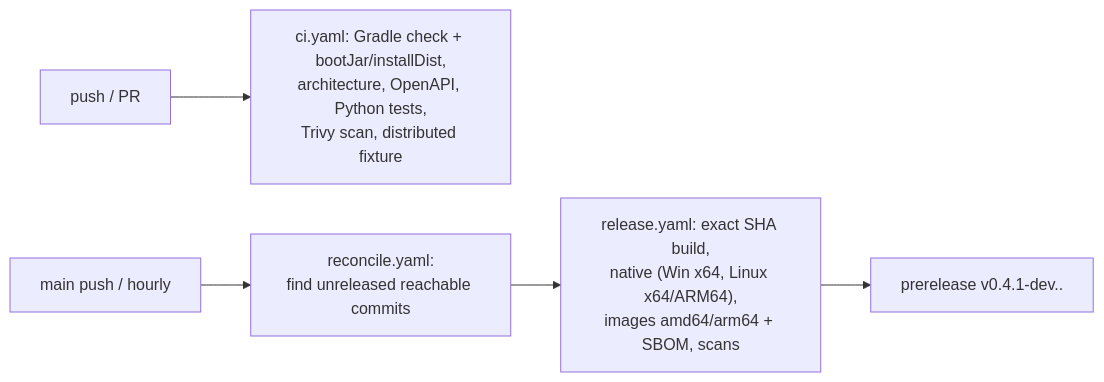
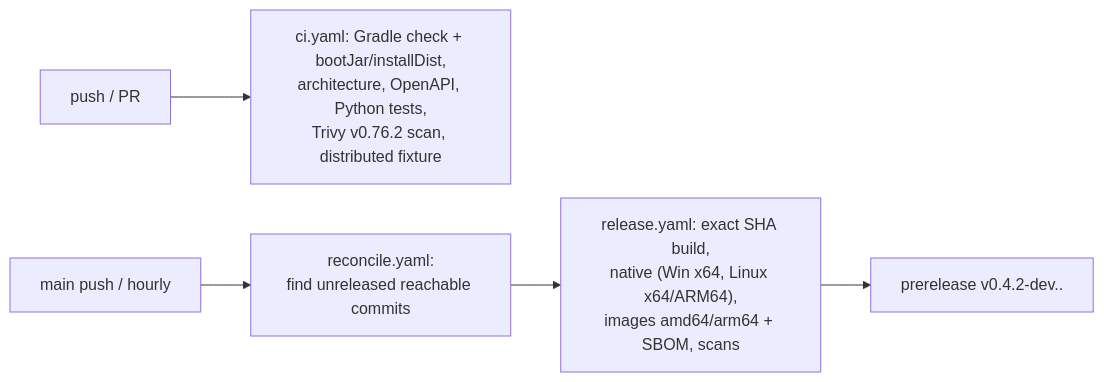
One commit to athegreat90/minecraft-modsync changed diagram 12 of 12 in docs/GUIDE.md. Above: the diagram before and after it, drawn with Mermaid. The commit also changed 19 other files, not shown here.

````diff
--- a/docs/GUIDE.md
+++ b/docs/GUIDE.md
@@ -384,7 +384,7 @@
 ```mermaid
 flowchart LR
-  PR[push / PR] --> CI["ci.yaml: Gradle check + bootJar/installDist,\narchitecture, OpenAPI, Python tests,\nTrivy scan, distributed fixture"]
+  PR[push / PR] --> CI["ci.yaml: Gradle check + bootJar/installDist,\narchitecture, OpenAPI, Python tests,\nTrivy v0.76.2 scan, distributed fixture"]
   main[main push / hourly] --> REC["reconcile.yaml:\nfind unreleased reachable commits"]
   REC --> REL["release.yaml: exact SHA build,\nnative (Win x64, Linux x64/ARM64),\nimages amd64/arm64 + SBOM, scans"]
-  REL --> PRE["prerelease v0.4.1-dev.<time>.<sha>"]
+  REL --> PRE["prerelease v0.4.2-dev.<time>.<sha>"]
 ```
````
